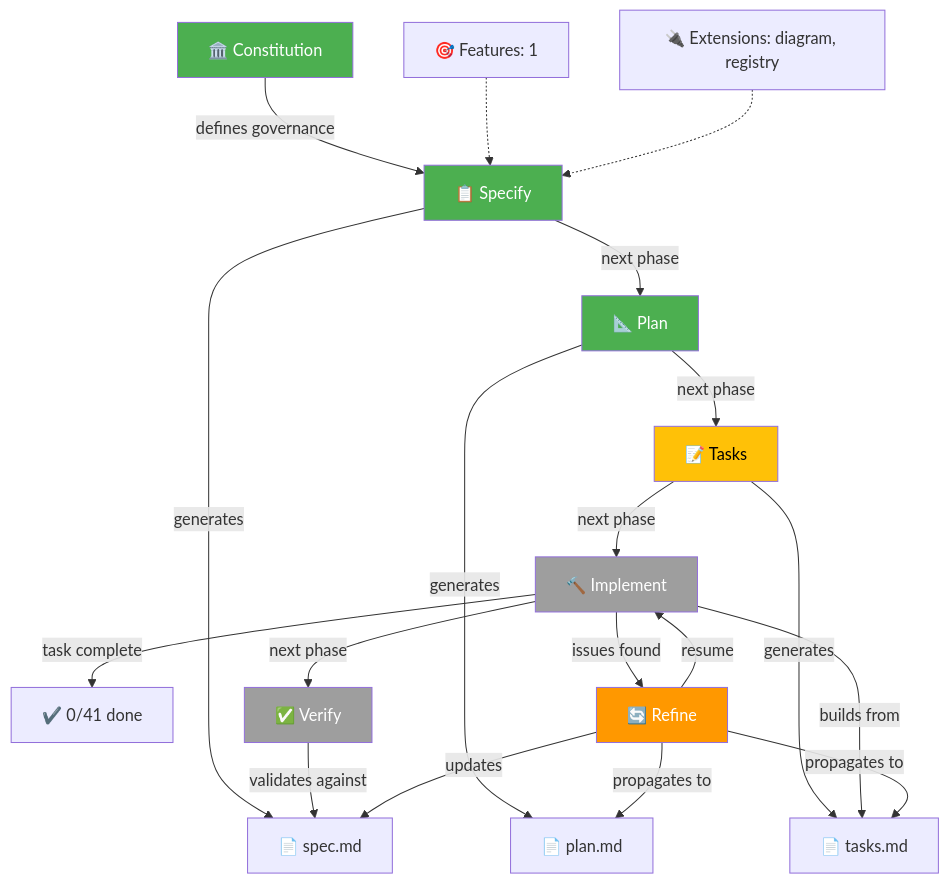
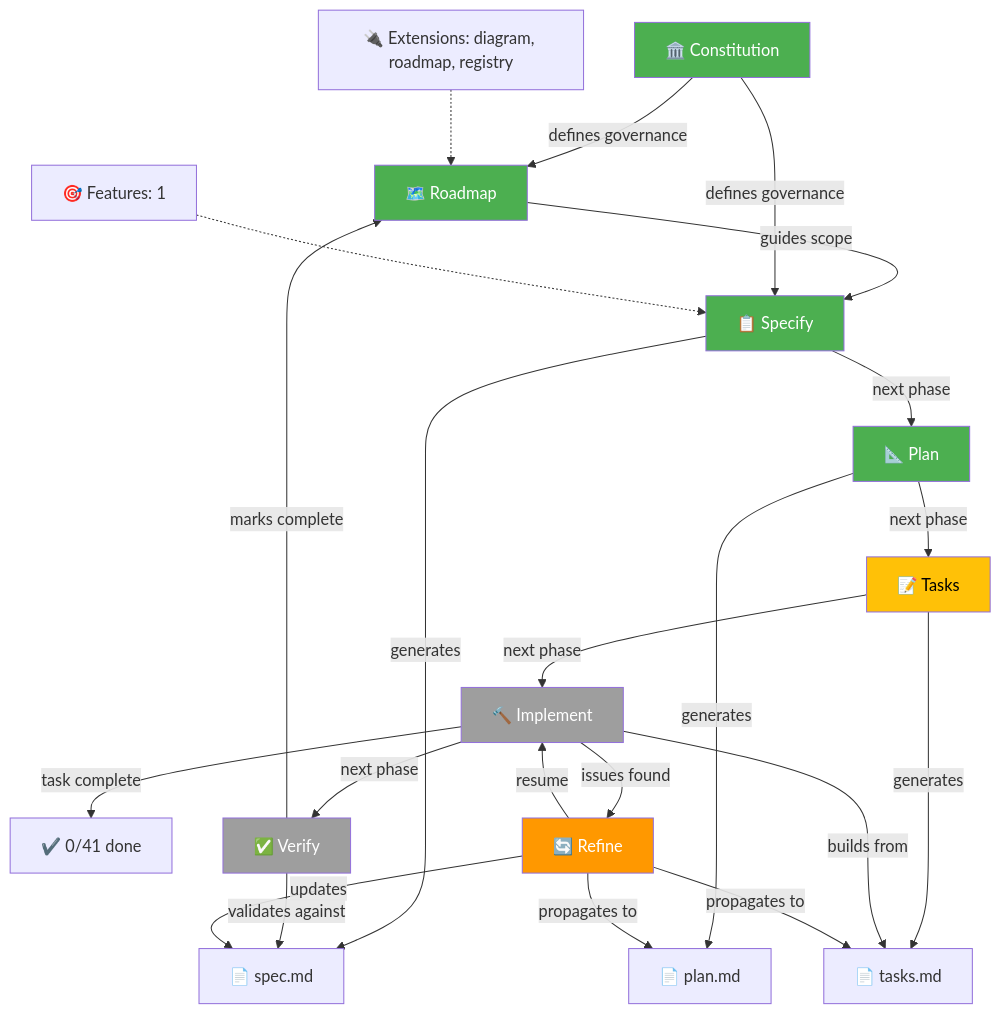
The first of 3 diagrams in README.md (CIFO-CTRD0040-Eines-IA-Prog-2026/SideProjectAIdvisor), drawn with Mermaid before and after one commit. The commit also changed other lines of this file and 122 other files, not shown here.

Commit message:
feat: add roadmap extension and create initial roadmap; update README workflow diagram

````diff
--- a/README.md
+++ b/README.md
@@ -117,31 +121,35 @@
 ```mermaid
 flowchart TD
-    A["🏛️ Constitution"] -->|defines governance| B["📋 Specify"]
+    R["🗺️ Roadmap"] -->|guides scope| B["📋 Specify"]
+    A["🏛️ Constitution"] -->|defines governance| R
+    A -->|defines governance| B
     B -->|generates| B1["📄 spec.md"]
     B -->|next phase| C["📐 Plan"]
     C -->|generates| C1["📄 plan.md"]
     C -->|next phase| D["📝 Tasks"]
     D -->|generates| D1["📄 tasks.md"]
     D -->|next phase| E["🔨 Implement"]
     E -->|builds from| D1
     E -->|task complete| E1["✔️ 0/41 done"]
     E -->|next phase| F["✅ Verify"]
     F -->|validates against| B1
+    F -->|marks complete| R
 
     E -->|issues found| G["🔄 Refine"]
     G -->|updates| B1
     G -->|propagates to| C1
     G -->|propagates to| D1
     G -->|resume| E
 
     H["🎯 Features: 1"] -.-> B
-    I["🔌 Extensions: diagram, registry"] -.-> B
+    I["🔌 Extensions: diagram, roadmap, registry"] -.-> R
 
     style A fill:#4CAF50,color:#fff
+    style R fill:#4CAF50,color:#fff
     style B fill:#4CAF50,color:#fff
     style C fill:#4CAF50,color:#fff
     style D fill:#FFC107,color:#000
     style E fill:#9E9E9E,color:#fff
     style F fill:#9E9E9E,color:#fff
     style G fill:#FF9800,color:#fff
 ```
````
